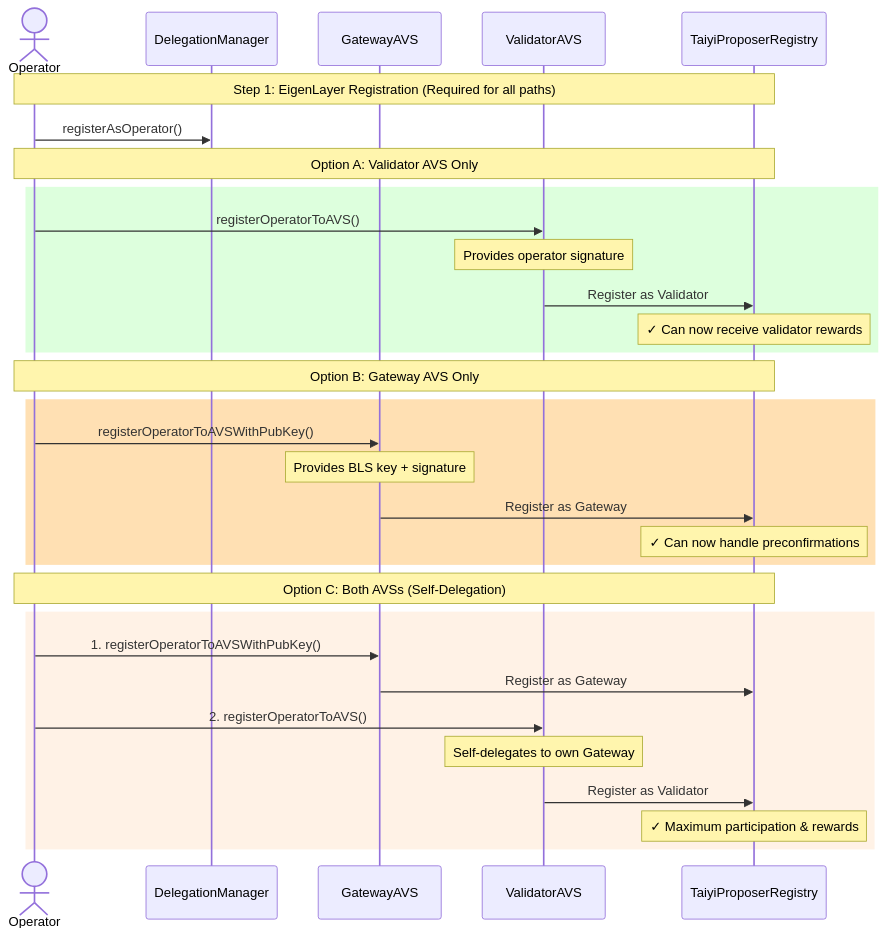
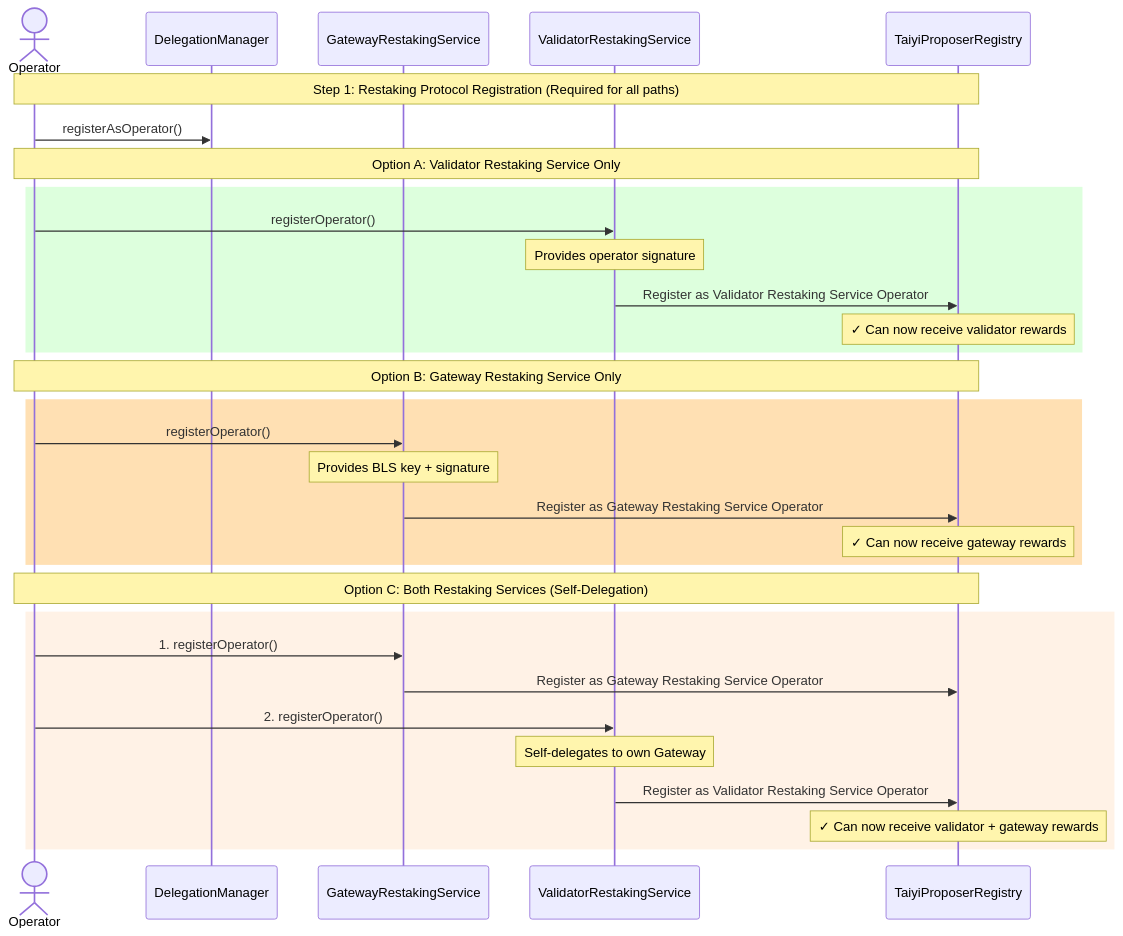
One commit to lu-bann/taiyi changed the third of 4 diagrams in docs/learn/architecture/on_chain_components/overview.mdx. Above: the diagram before and after it, drawn with Mermaid. The commit also changed other lines of this file and 3 other files, not shown here.

````diff
--- a/docs/learn/architecture/on_chain_components/overview.mdx
+++ b/docs/learn/architecture/on_chain_components/overview.mdx
@@ -88,37 +88,37 @@
 ```mermaid
 sequenceDiagram
     actor Operator
     participant DM as DelegationManager
-    participant GAVS as GatewayAVS
-    participant VAVS as ValidatorAVS
+    participant GAVS as GatewayRestakingService
+    participant VAVS as ValidatorRestakingService
     participant TPR as TaiyiProposerRegistry
     
-    Note over Operator,TPR: Step 1: EigenLayer Registration (Required for all paths)
+    Note over Operator,TPR: Step 1: Restaking Protocol Registration (Required for all paths)
     Operator->>DM: registerAsOperator()
         
-    Note over Operator,TPR: Option A: Validator AVS Only
+    Note over Operator,TPR: Option A: Validator Restaking Service Only
     rect rgb(221, 255, 221)
-        Operator->>VAVS: registerOperatorToAVS()
+        Operator->>VAVS: registerOperator()
         Note over VAVS: Provides operator signature
-        VAVS->>TPR: Register as Validator
+        VAVS->>TPR: Register as Validator Restaking Service Operator
         Note over TPR: ✓ Can now receive validator rewards
     end
     
-    Note over Operator,TPR: Option B: Gateway AVS Only
+    Note over Operator,TPR: Option B: Gateway Restaking Service Only
     rect rgb(255, 224, 179)
-        Operator->>GAVS: registerOperatorToAVSWithPubKey()
+        Operator->>GAVS: registerOperator()
         Note over GAVS: Provides BLS key + signature
-        GAVS->>TPR: Register as Gateway
-        Note over TPR: ✓ Can now handle preconfirmations
+        GAVS->>TPR: Register as Gateway Restaking Service Operator
+        Note over TPR: ✓ Can now receive gateway rewards
     end
     
-    Note over Operator,TPR: Option C: Both AVSs (Self-Delegation)
+    Note over Operator,TPR: Option C: Both Restaking Services (Self-Delegation)
     rect rgb(255, 242, 230)
-        Operator->>GAVS: 1. registerOperatorToAVSWithPubKey()
-        GAVS->>TPR: Register as Gateway
-        Operator->>VAVS: 2. registerOperatorToAVS()
+        Operator->>GAVS: 1. registerOperator()
+        GAVS->>TPR: Register as Gateway Restaking Service Operator
+        Operator->>VAVS: 2. registerOperator()
         Note over VAVS: Self-delegates to own Gateway
-        VAVS->>TPR: Register as Validator
-        Note over TPR: ✓ Maximum participation & rewards
+        VAVS->>TPR: Register as Validator Restaking Service Operator
+        Note over TPR: ✓ Can now receive validator + gateway rewards
     end
 ```
````
